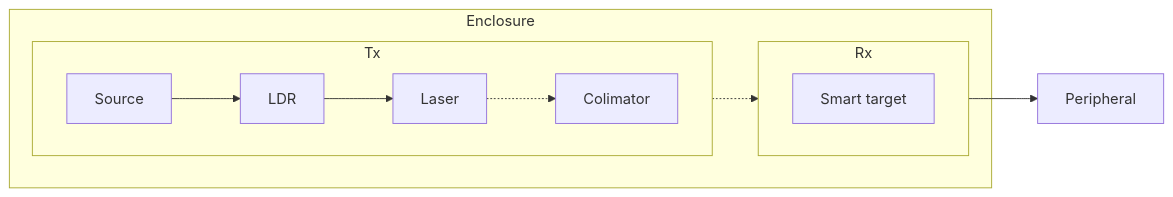
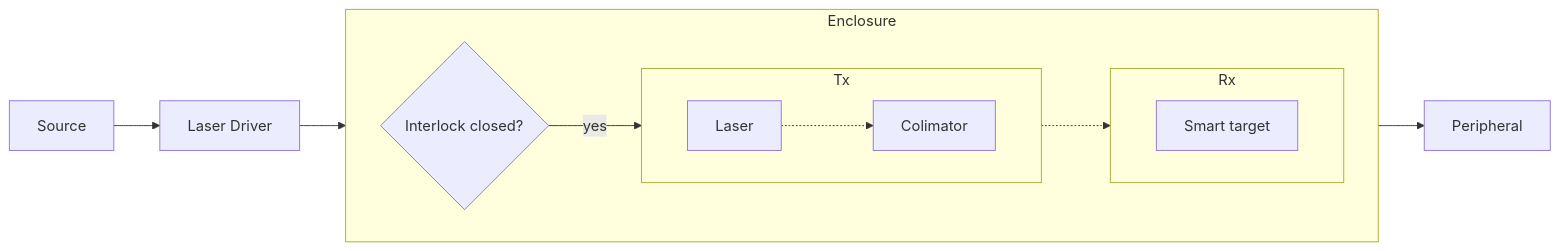
One commit to UCL-Photonics-Society/UCLightcommands changed the second of 2 diagrams in docs/phase1/final-report.md. Above: the diagram before and after it, drawn with Mermaid. The commit also changed other lines of this file, not shown here.

````diff
--- a/docs/phase1/final-report.md
+++ b/docs/phase1/final-report.md
@@ -85,18 +86,20 @@
 ```mermaid
 flowchart LR
+    Source --> LDR[Laser Driver]
+    LDR --> INT{Interlock closed?}
     subgraph Enclosure
+        direction LR
+        INT -- yes --> LAS[Laser]
         subgraph Tx
             direction LR
-            Source --> LDR
-            LDR --> LAS[Laser]
             LAS -.-> COL[Colimator]
         end
         subgraph Rx
             direction LR
             SMT[Smart target]
         end
         COL -.-> SMT
     end
     SMT --> Peripheral
     
 ```
````
